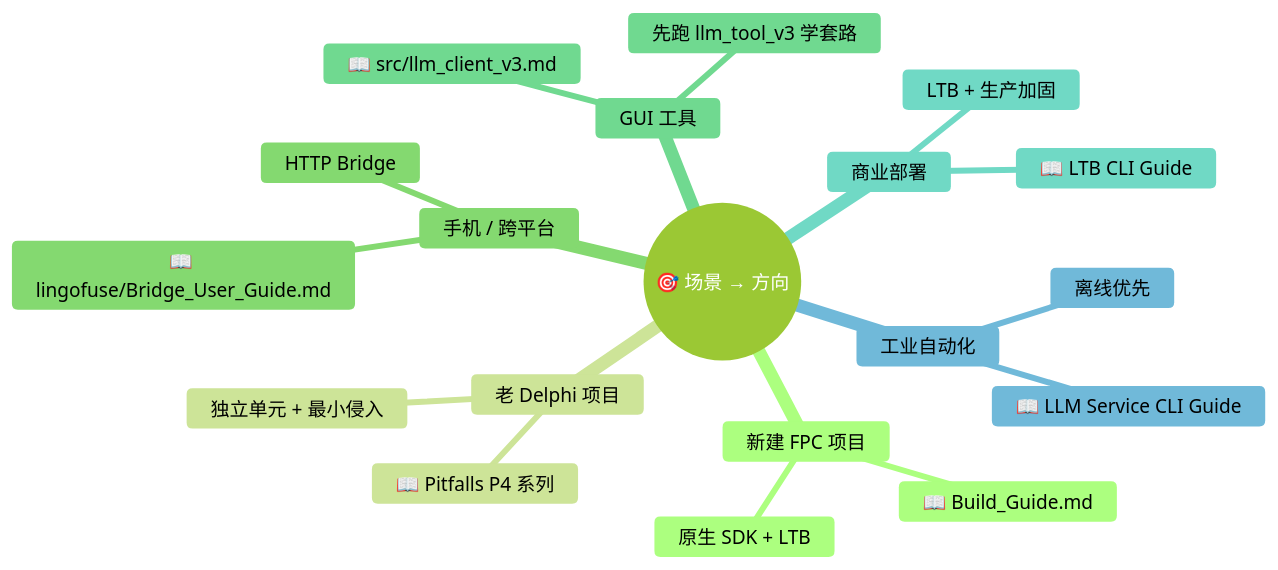
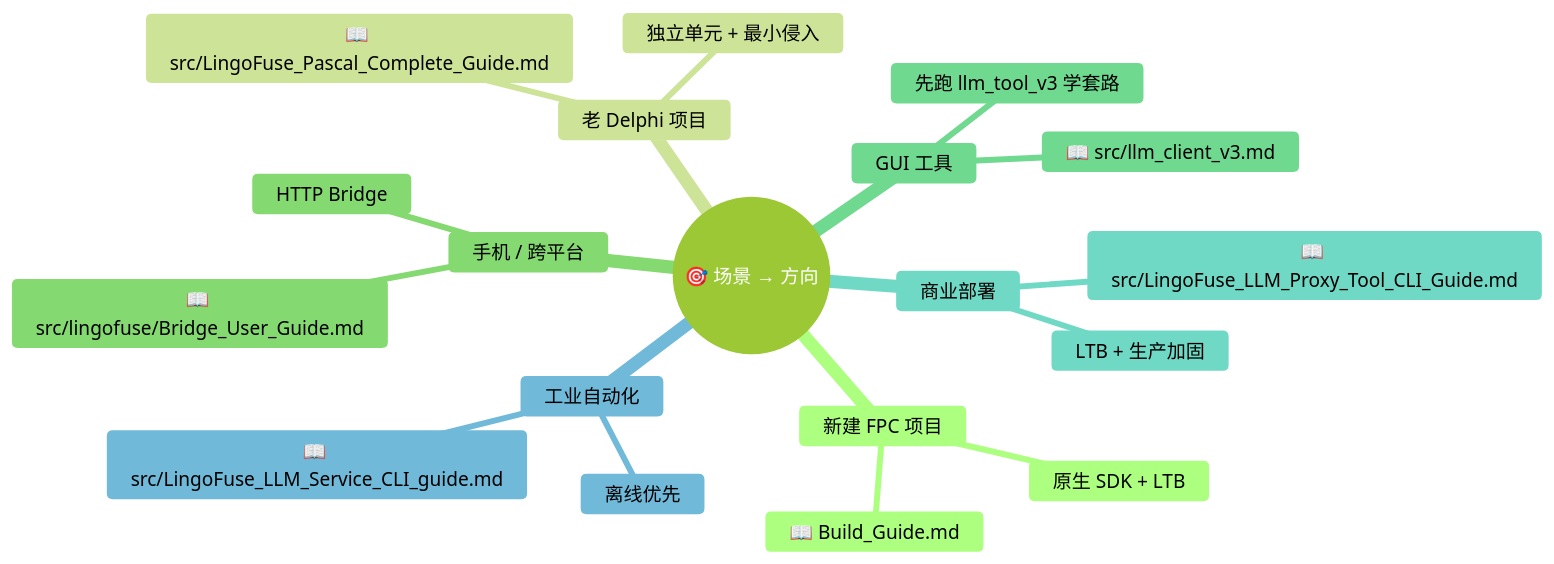
Diagram 11 of 12 in Pascal_Integration_Guide.md (PassByYou888/LingoFuse-pasAgent-v3), drawn with Mermaid (forest theme) before and after one commit. The commit also changed other lines of this file and 83 other files, not shown here.

````diff
--- a/Pascal_Integration_Guide.md
+++ b/Pascal_Integration_Guide.md
@@ -296,22 +305,22 @@
 ```mermaid
 mindmap
   root(("🎯 场景 → 方向"))
     新建 FPC 项目
       原生 SDK + LTB
       📖 Build_Guide.md
     老 Delphi 项目
       独立单元 + 最小侵入
-      📖 Pitfalls P4 系列
+      📖 src/LingoFuse_Pascal_Complete_Guide.md
     手机 / 跨平台
       HTTP Bridge
-      📖 lingofuse/Bridge_User_Guide.md
+      📖 src/lingofuse/Bridge_User_Guide.md
     GUI 工具
       先跑 llm_tool_v3 学套路
       📖 src/llm_client_v3.md
     商业部署
       LTB + 生产加固
-      📖 LTB CLI Guide
+      📖 src/LingoFuse_LLM_Proxy_Tool_CLI_Guide.md
     工业自动化
       离线优先
-      📖 LLM Service CLI Guide
+      📖 src/LingoFuse_LLM_Service_CLI_guide.md
 ```
````
